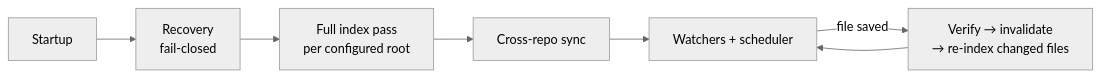
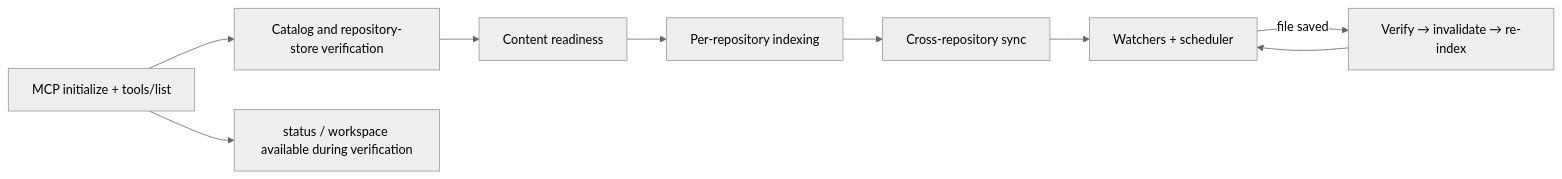
Before and after one commit to aman-5/attic: the diagram in docs/PLAYBOOK.md, drawn with Mermaid (neutral theme). The commit also changed other lines of this file and 118 other files, not shown here.

````diff
--- a/docs/PLAYBOOK.md
+++ b/docs/PLAYBOOK.md
@@ -72,9 +70,11 @@
 ```mermaid
 flowchart LR
-    S[Startup] --> R[Recovery<br/>fail-closed]
-    R --> B[Full index pass<br/>per configured root]
-    B --> X[Cross-repo sync]
+    S[MCP initialize + tools/list] --> C[Catalog and repository-store verification]
+    C --> R[Content readiness]
+    R --> B[Per-repository indexing]
+    B --> X[Cross-repository sync]
     X --> W[Watchers + scheduler]
-    W -->|file saved| I[Verify → invalidate<br/>→ re-index changed files]
+    W -->|file saved| I[Verify → invalidate → re-index]
     I --> W
+    S --> T[status / workspace available during verification]
 ```
````
